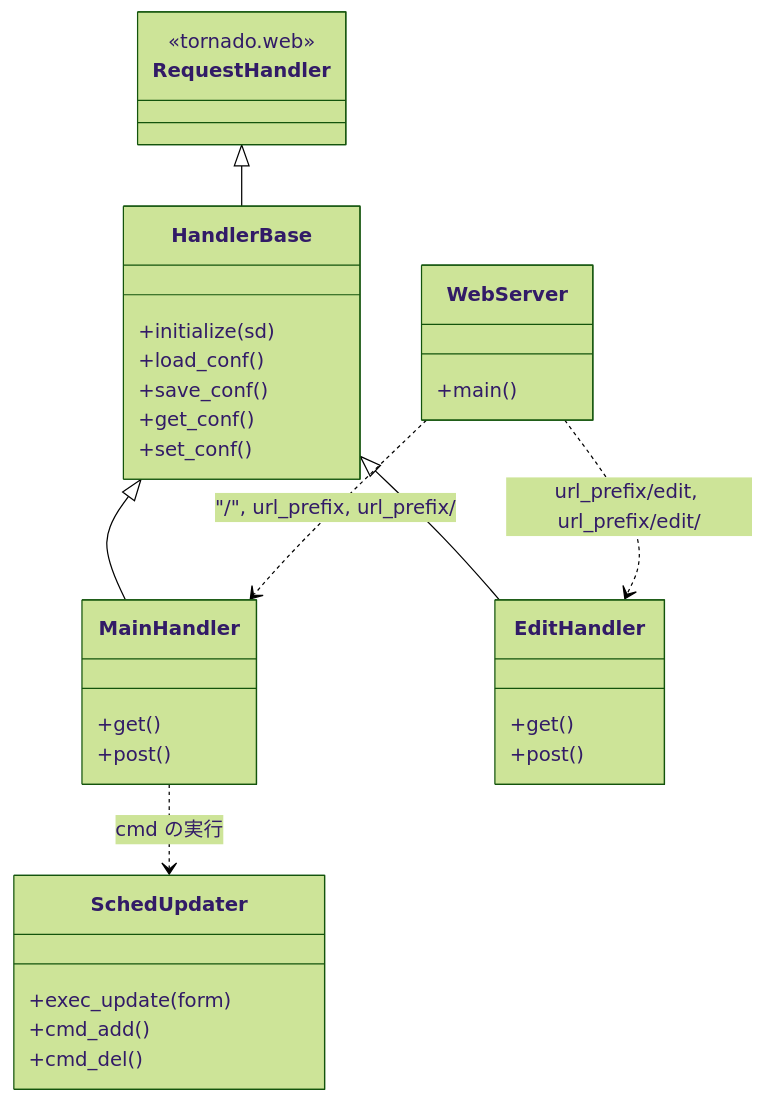
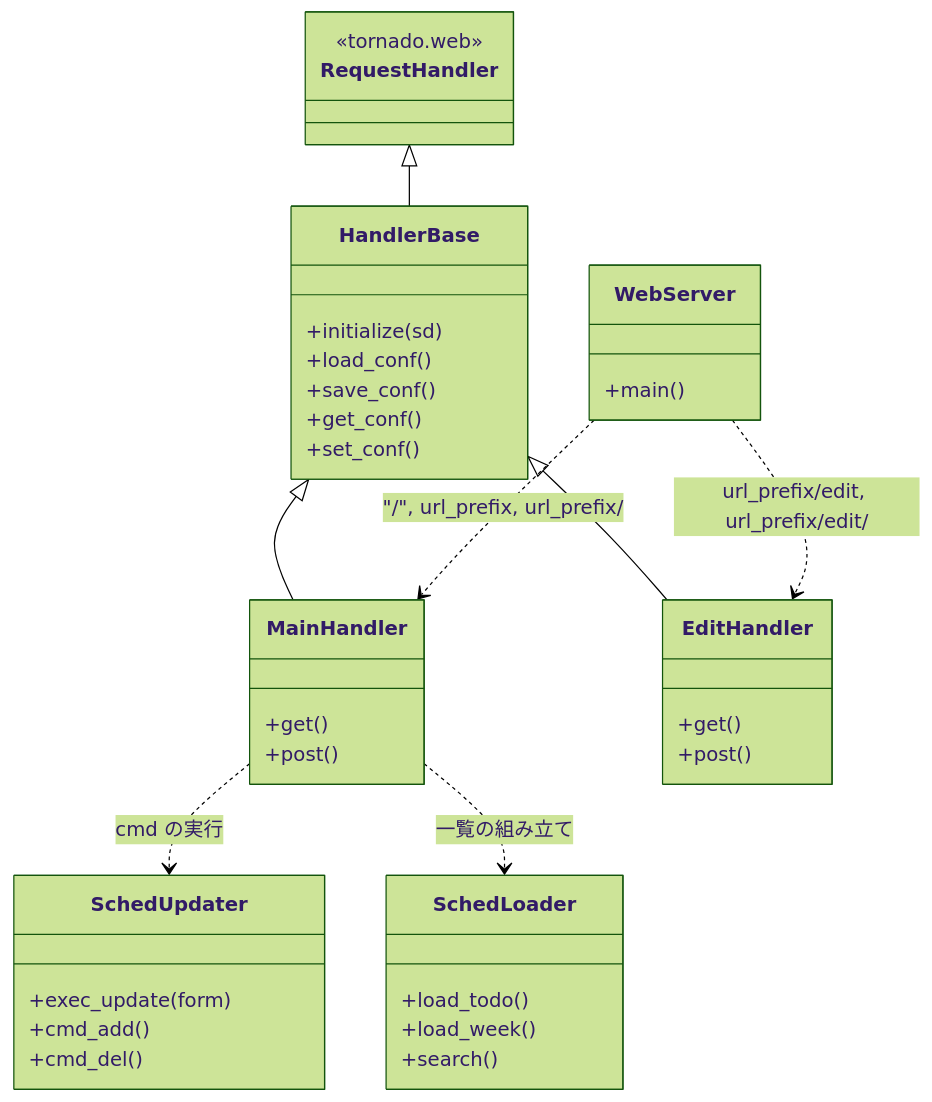
Before and after one commit to ytani01/ytsched: the second of 4 diagrams in src/README.md, drawn with Mermaid (forest theme). The commit also changed other lines of this file and 14 other files, not shown here.

First line of the commit message:
refactor(main_handler): 一覧の組み立てと検索を sched_load.py へ分ける（TODO-088）

````diff
--- a/src/README.md
+++ b/src/README.md
@@ -107,35 +108,41 @@
 ```mermaid
 classDiagram
     class RequestHandler {
         <<tornado.web>>
     }
     class HandlerBase {
         +initialize(sd)
         +load_conf()
         +save_conf()
         +get_conf()
         +set_conf()
     }
     class MainHandler {
         +get()
         +post()
     }
     class EditHandler {
         +get()
         +post()
     }
     class SchedUpdater {
         +exec_update(form)
         +cmd_add()
         +cmd_del()
     }
+    class SchedLoader {
+        +load_todo()
+        +load_week()
+        +search()
+    }
     class WebServer {
         +main()
     }
     RequestHandler <|-- HandlerBase
     HandlerBase <|-- MainHandler
     HandlerBase <|-- EditHandler
     MainHandler ..> SchedUpdater : cmd の実行
+    MainHandler ..> SchedLoader : 一覧の組み立て
     WebServer ..> MainHandler : "/", url_prefix, url_prefix/
     WebServer ..> EditHandler : url_prefix/edit, url_prefix/edit/
 ```
````
